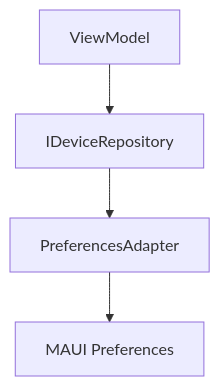
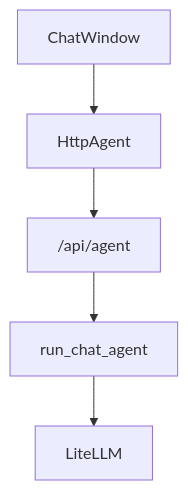
Before and after one commit to iknowcodesoup/copilot-agent-network: the first of 3 diagrams in .claude/skills/diagrams/SKILL.md, drawn with Mermaid. The commit also changed other lines of this file and 84 other files, not shown here.

Commit message:
advanced production rag refactor stage next. copilotkit api url fix. litellm baml and lm studio refs. embedding, pii token filter, and cross-encoder model add

````diff
--- a/.claude/skills/diagrams/SKILL.md
+++ b/.claude/skills/diagrams/SKILL.md
@@ -22,6 +22,7 @@
 ```mermaid
 flowchart TD
-    A[ViewModel] --> B[IDeviceRepository]
-    B --> C[PreferencesAdapter]
-    C --> D[MAUI Preferences]
+    A[ChatWindow] --> B[HttpAgent]
+    B --> C["/api/agent"]
+    C --> D[run_chat_agent]
+    D --> E[LiteLLM]
 ```
````
